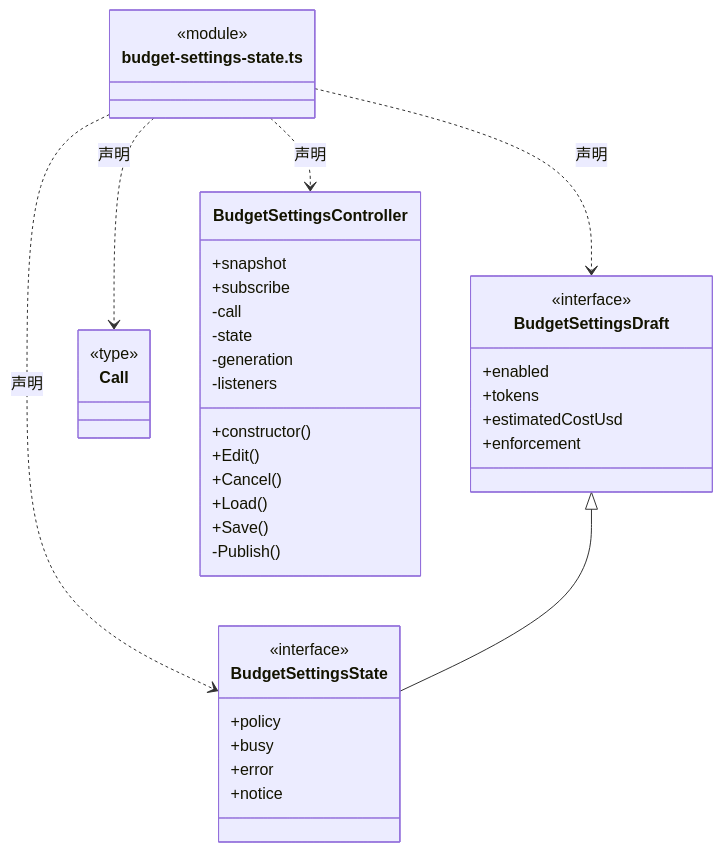
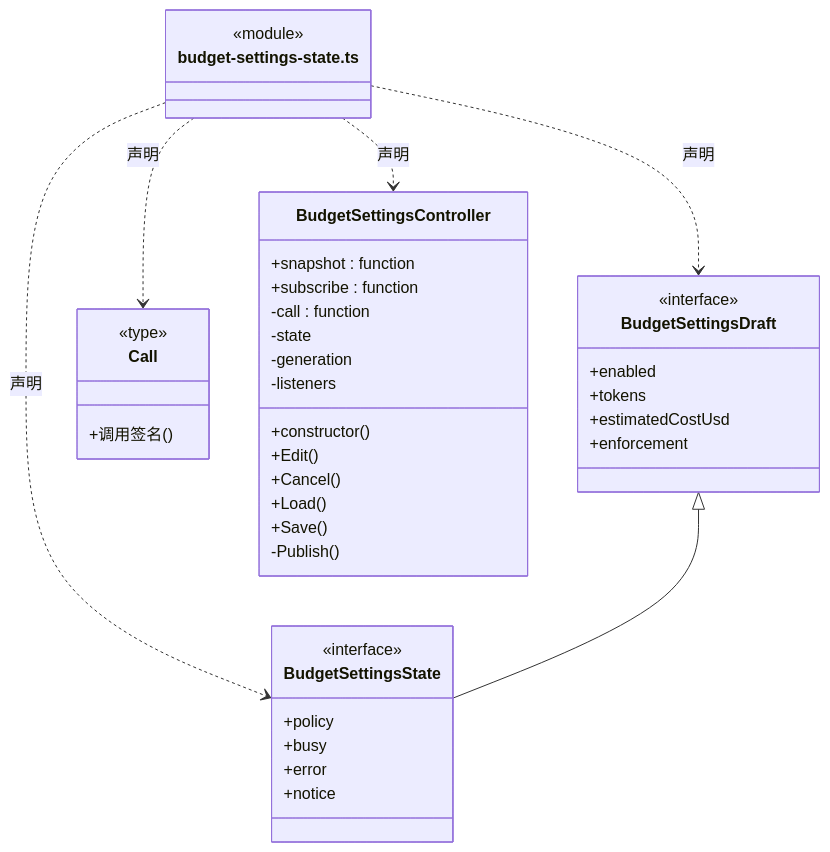
One commit to nan023062/cbim changed the tenth of 34 diagrams in src/view/settings/ARCHITECTURE.md. Above: the diagram before and after it, drawn with Mermaid. The commit also changed other lines of this file and 137 other files, not shown here.

Commit message:
fix: align architecture generator with documentation standards

````diff
--- a/src/view/settings/ARCHITECTURE.md
+++ b/src/view/settings/ARCHITECTURE.md
@@ -277,43 +291,43 @@
 ```mermaid
 classDiagram
 class N_src_view_settings_budget_settings_state_ts["budget-settings-state.ts"] {
   <<module>>
 }
 class N_src_view_settings_budget_settings_state_ts_BudgetSettingsDraft["BudgetSettingsDraft"] {
   <<interface>>
   +enabled
   +tokens
   +estimatedCostUsd
   +enforcement
 }
 N_src_view_settings_budget_settings_state_ts ..> N_src_view_settings_budget_settings_state_ts_BudgetSettingsDraft : 声明
 class N_src_view_settings_budget_settings_state_ts_BudgetSettingsState["BudgetSettingsState"] {
   <<interface>>
   +policy
   +busy
   +error
   +notice
 }
 N_src_view_settings_budget_settings_state_ts ..> N_src_view_settings_budget_settings_state_ts_BudgetSettingsState : 声明
 N_src_view_settings_budget_settings_state_ts_BudgetSettingsDraft <|-- N_src_view_settings_budget_settings_state_ts_BudgetSettingsState
 class N_src_view_settings_budget_settings_state_ts_Call["Call"] {
   <<type>>
-
+  +调用签名()
 }
 N_src_view_settings_budget_settings_state_ts ..> N_src_view_settings_budget_settings_state_ts_Call : 声明
 class N_src_view_settings_budget_settings_state_ts_BudgetSettingsController["BudgetSettingsController"] {
   +constructor()
-  +snapshot
-  +subscribe
+  +snapshot : function
+  +subscribe : function
   +Edit()
   +Cancel()
   +Load()
   +Save()
-  -call
+  -call : function
   -state
   -generation
   -listeners
   -Publish()
 }
 N_src_view_settings_budget_settings_state_ts ..> N_src_view_settings_budget_settings_state_ts_BudgetSettingsController : 声明
 ```
````
